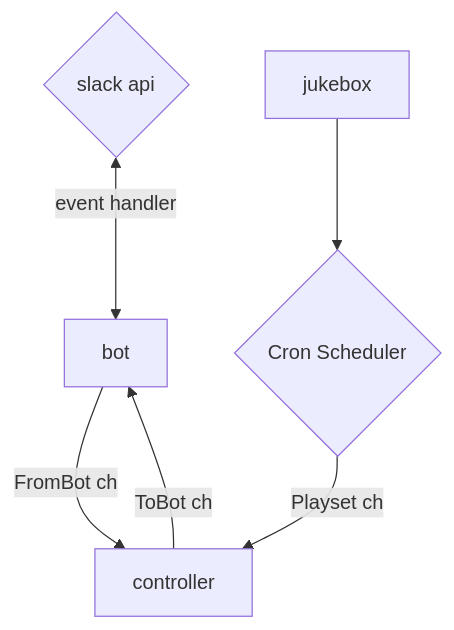
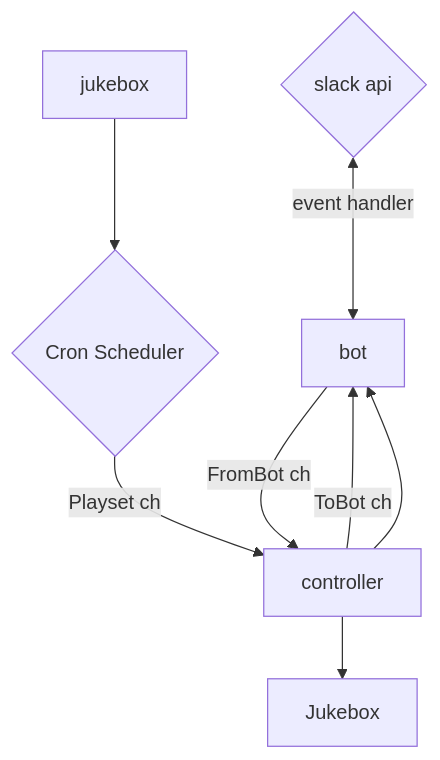
Before and after one commit to jdblack/sotd: the diagram in README.md, drawn with Mermaid.

Commit message:
add more docs

````diff
--- a/README.md
+++ b/README.md
@@ -130,8 +130,10 @@
 ```mermaid
 graph TD;
    slack{slack api}<-- event handler -->bot
    bot-- FromBot ch --> controller
    controller-- ToBot ch -->bot
+   controller-->Jukebox
+   controller-->bot
    jukebox --> cron{Cron Scheduler}
    cron{Cron Scheduler}-- Playset ch -->controller
 ```
````
